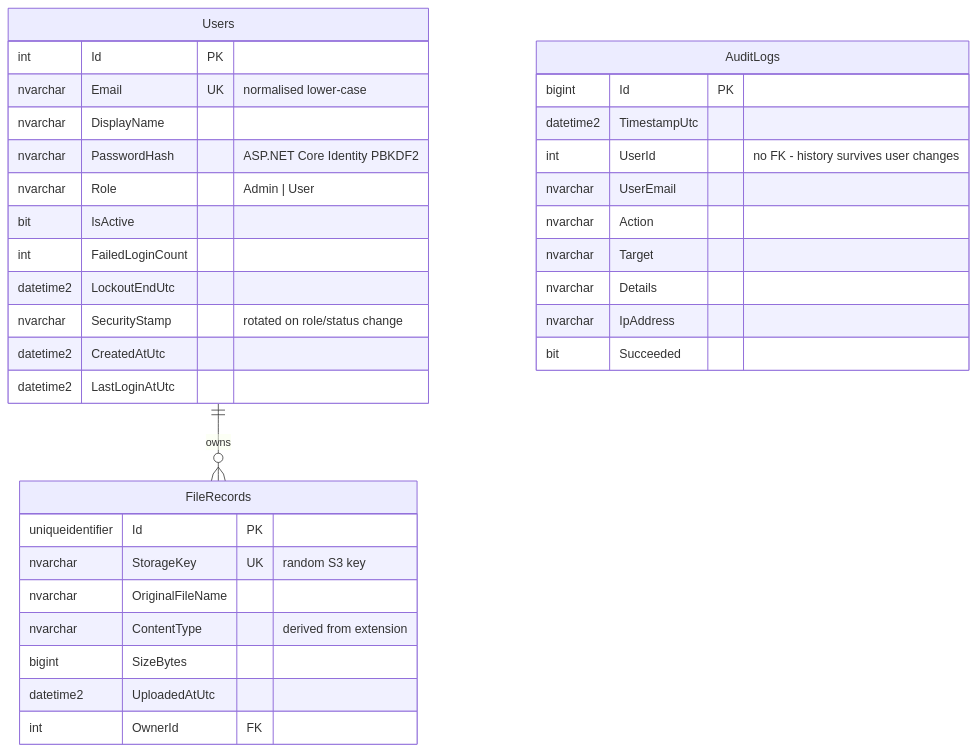
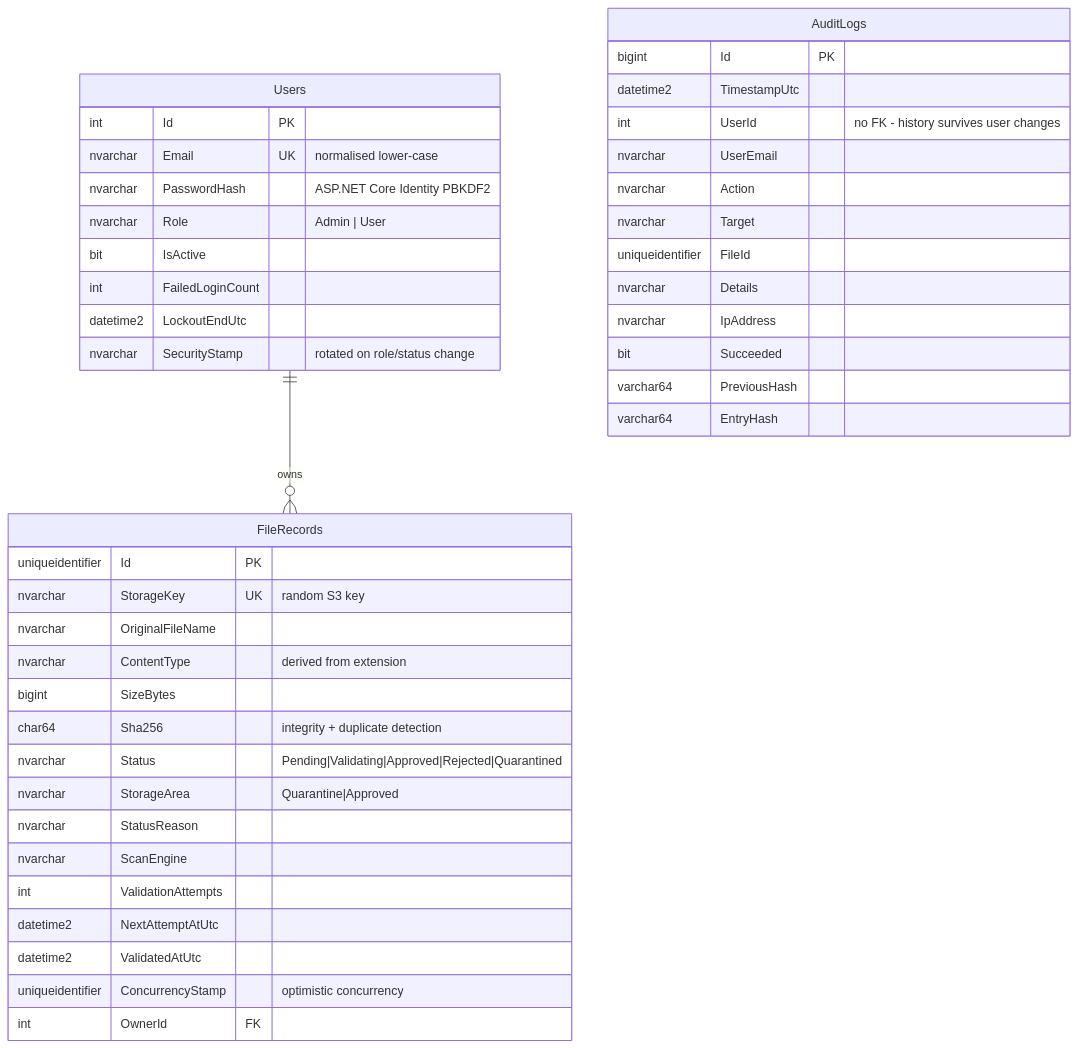
The fifth of 5 diagrams in docs/architecture.md (Mighiana/Cloud-Based-Secure-File-Management-System), drawn with Mermaid before and after one commit. The commit also changed other lines of this file and 43 other files, not shown here.

Commit message:
Threat model, README case study, new architecture diagram and screenshots; CSP-clean views; audit history layout

````diff
--- a/docs/architecture.md
+++ b/docs/architecture.md
@@ -79,37 +151,45 @@
 ```mermaid
 erDiagram
     Users ||--o{ FileRecords : owns
     Users {
         int Id PK
         nvarchar Email UK "normalised lower-case"
-        nvarchar DisplayName
         nvarchar PasswordHash "ASP.NET Core Identity PBKDF2"
         nvarchar Role "Admin | User"
         bit IsActive
         int FailedLoginCount
         datetime2 LockoutEndUtc
         nvarchar SecurityStamp "rotated on role/status change"
-        datetime2 CreatedAtUtc
-        datetime2 LastLoginAtUtc
     }
     FileRecords {
         uniqueidentifier Id PK
         nvarchar StorageKey UK "random S3 key"
         nvarchar OriginalFileName
         nvarchar ContentType "derived from extension"
         bigint SizeBytes
-        datetime2 UploadedAtUtc
+        char64 Sha256 "integrity + duplicate detection"
+        nvarchar Status "Pending|Validating|Approved|Rejected|Quarantined"
+        nvarchar StorageArea "Quarantine|Approved"
+        nvarchar StatusReason
+        nvarchar ScanEngine
+        int ValidationAttempts
+        datetime2 NextAttemptAtUtc
+        datetime2 ValidatedAtUtc
+        uniqueidentifier ConcurrencyStamp "optimistic concurrency"
         int OwnerId FK
     }
     AuditLogs {
         bigint Id PK
         datetime2 TimestampUtc
         int UserId "no FK - history survives user changes"
         nvarchar UserEmail
         nvarchar Action
         nvarchar Target
+        uniqueidentifier FileId
         nvarchar Details
         nvarchar IpAddress
         bit Succeeded
+        varchar64 PreviousHash
+        varchar64 EntryHash
     }
 ```
````
